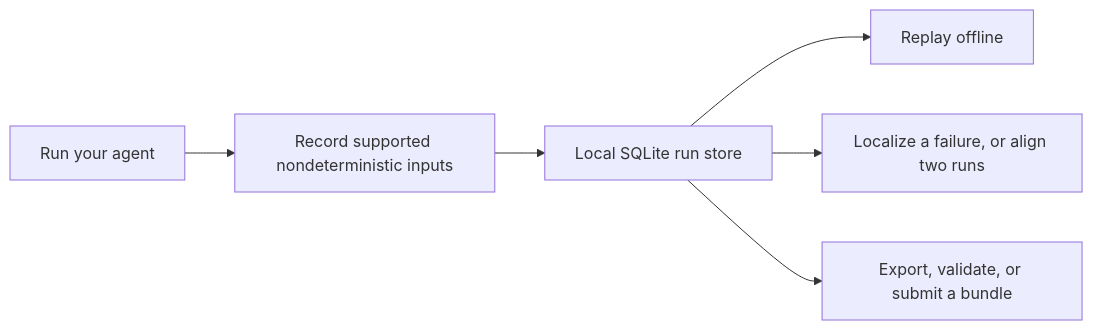
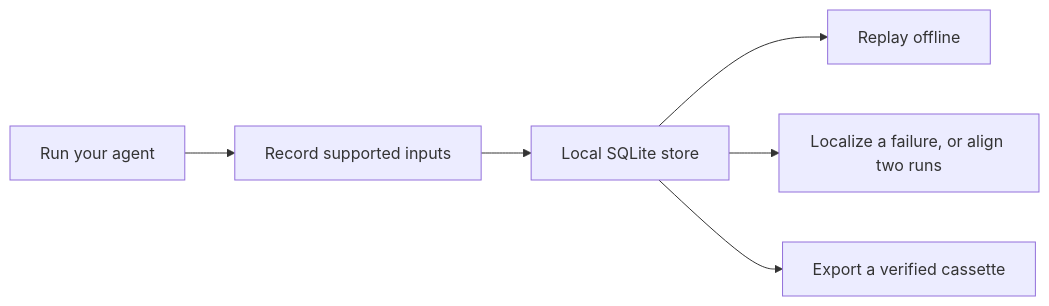
Before and after one commit to amln19/tracewake: the diagram in README.md, drawn with Mermaid. The commit also changed other lines of this file and 7 other files, not shown here.

````diff
--- a/README.md
+++ b/README.md
@@ -36,8 +36,8 @@
 ```mermaid
 flowchart LR
-    A["Run your agent"] --> B["Record supported nondeterministic inputs"]
-    B --> C["Local SQLite run store"]
+    A["Run your agent"] --> B["Record supported inputs"]
+    B --> C["Local SQLite store"]
     C --> D["Replay offline"]
     C --> E["Localize a failure, or align two runs"]
-    C --> F["Export, validate, or submit a bundle"]
+    C --> F["Export a verified cassette"]
 ```
````
